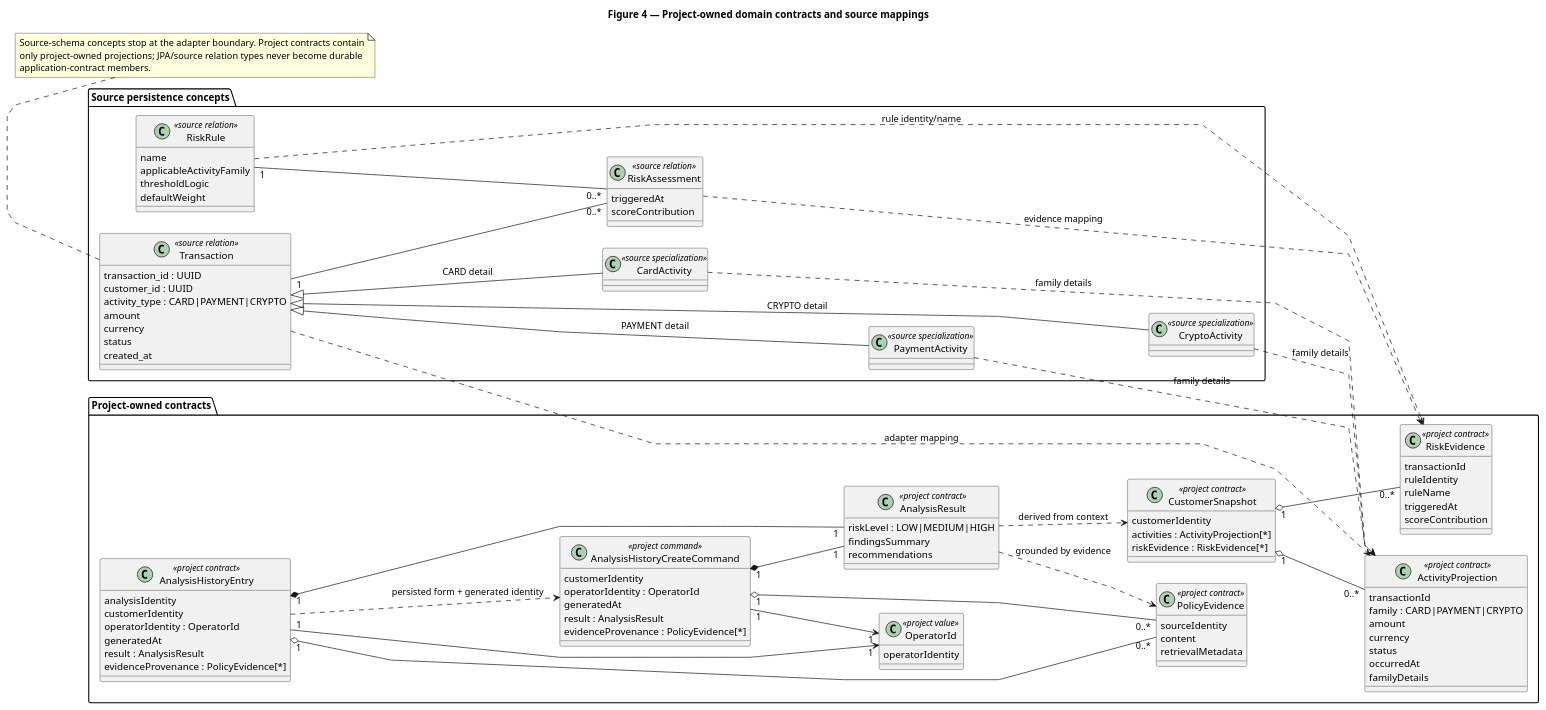
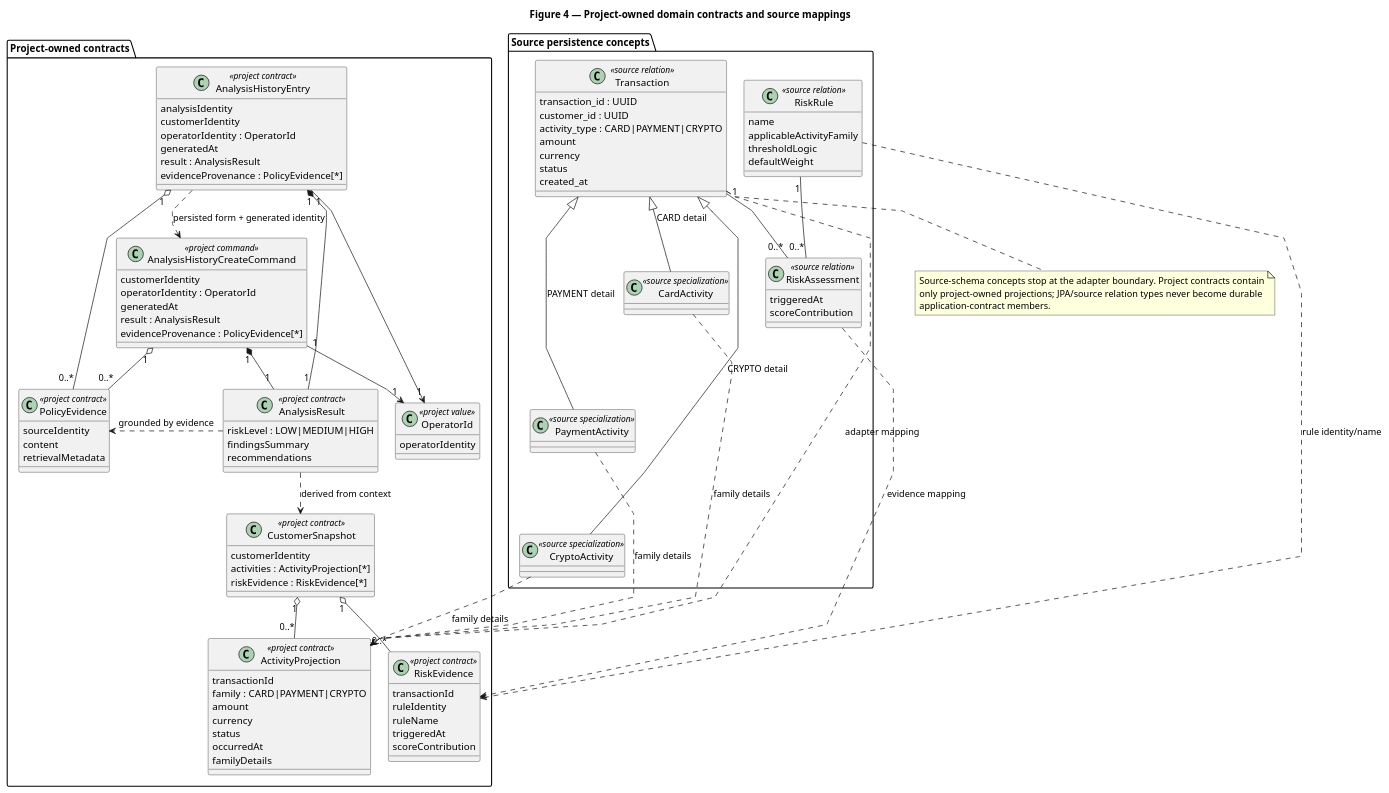
Before and after one commit to jdoe-dev-159753/specgraph-reference-app: the diagram in docs/assignment/SDD/diagrams/domain-contracts.puml, drawn with PlantUML.

Commit message:
docs: narrow domain contract mapping figure

```diff
--- a/docs/assignment/SDD/diagrams/domain-contracts.puml
+++ b/docs/assignment/SDD/diagrams/domain-contracts.puml
@@ -1,119 +1,123 @@
 @startuml
 title Figure 4 — Project-owned domain contracts and source mappings
-left to right direction
+top to bottom direction
 skinparam classAttributeIconSize 0
 skinparam linetype polyline
-skinparam nodesep 30
-skinparam ranksep 45
+skinparam nodesep 25
+skinparam ranksep 40
+
+package "Source persistence concepts" {
+  class Transaction <<source relation>> {
+    transaction_id : UUID
+    customer_id : UUID
+    activity_type : CARD|PAYMENT|CRYPTO
+    amount
+    currency
+    status
+    created_at
+  }
+  class CardActivity <<source specialization>>
+  class PaymentActivity <<source specialization>>
+  class CryptoActivity <<source specialization>>
+  class RiskAssessment <<source relation>> {
+    triggeredAt
+    scoreContribution
+  }
+  class RiskRule <<source relation>> {
+    name
+    applicableActivityFamily
+    thresholdLogic
+    defaultWeight
+  }
+
+  Transaction <|-- CardActivity : CARD detail
+  Transaction <|-- PaymentActivity : PAYMENT detail
+  Transaction <|-- CryptoActivity : CRYPTO detail
+  Transaction "1" -- "0..*" RiskAssessment
+  RiskRule "1" -- "0..*" RiskAssessment
+
+  CardActivity -[hidden]down-> PaymentActivity
+  PaymentActivity -[hidden]down-> CryptoActivity
+  RiskRule -[hidden]down-> RiskAssessment
+}
 
 package "Project-owned contracts" {
   class CustomerSnapshot <<project contract>> {
     customerIdentity
     activities : ActivityProjection[*]
     riskEvidence : RiskEvidence[*]
   }
   class ActivityProjection <<project contract>> {
     transactionId
     family : CARD|PAYMENT|CRYPTO
     amount
     currency
     status
     occurredAt
     familyDetails
   }
   class RiskEvidence <<project contract>> {
     transactionId
     ruleIdentity
     ruleName
     triggeredAt
     scoreContribution
   }
   class AnalysisResult <<project contract>> {
     riskLevel : LOW|MEDIUM|HIGH
     findingsSummary
     recommendations
   }
   class PolicyEvidence <<project contract>> {
     sourceIdentity
     content
     retrievalMetadata
   }
   class OperatorId <<project value>> {
     operatorIdentity
   }
   class AnalysisHistoryCreateCommand <<project command>> {
     customerIdentity
     operatorIdentity : OperatorId
     generatedAt
     result : AnalysisResult
     evidenceProvenance : PolicyEvidence[*]
   }
   class AnalysisHistoryEntry <<project contract>> {
     analysisIdentity
     customerIdentity
     operatorIdentity : OperatorId
     generatedAt
     result : AnalysisResult
     evidenceProvenance : PolicyEvidence[*]
   }
+
+  CustomerSnapshot "1" o-- "0..*" ActivityProjection
+  CustomerSnapshot "1" o-- "0..*" RiskEvidence
+  AnalysisHistoryCreateCommand "1" *-- "1" AnalysisResult
+  AnalysisHistoryCreateCommand "1" --> "1" OperatorId
+  AnalysisHistoryCreateCommand "1" o-- "0..*" PolicyEvidence
+  AnalysisHistoryEntry ..> AnalysisHistoryCreateCommand : persisted form + generated identity
+  AnalysisHistoryEntry "1" *-- "1" AnalysisResult
+  AnalysisHistoryEntry "1" --> "1" OperatorId
+  AnalysisHistoryEntry "1" o-- "0..*" PolicyEvidence
+
+  ActivityProjection -[hidden]right-> RiskEvidence
+  AnalysisResult -[hidden]right-> PolicyEvidence
 }
-
-package "Source persistence concepts" {
-  class Transaction <<source relation>> {
-    transaction_id : UUID
-    customer_id : UUID
-    activity_type : CARD|PAYMENT|CRYPTO
-    amount
-    currency
-    status
-    created_at
-  }
-  class CardActivity <<source specialization>>
-  class PaymentActivity <<source specialization>>
-  class CryptoActivity <<source specialization>>
-  class RiskAssessment <<source relation>> {
-    triggeredAt
-    scoreContribution
-  }
-  class RiskRule <<source relation>> {
-    name
-    applicableActivityFamily
-    thresholdLogic
-    defaultWeight
-  }
-}
-
-CustomerSnapshot "1" o-- "0..*" ActivityProjection
-CustomerSnapshot "1" o-- "0..*" RiskEvidence
-AnalysisHistoryCreateCommand "1" *-- "1" AnalysisResult
-AnalysisHistoryCreateCommand "1" --> "1" OperatorId
-AnalysisHistoryCreateCommand "1" o-- "0..*" PolicyEvidence
-AnalysisHistoryEntry ..> AnalysisHistoryCreateCommand : persisted form + generated identity
-AnalysisHistoryEntry "1" *-- "1" AnalysisResult
-AnalysisHistoryEntry "1" --> "1" OperatorId
-AnalysisHistoryEntry "1" o-- "0..*" PolicyEvidence
-
-Transaction <|-- CardActivity : CARD detail
-Transaction <|-- PaymentActivity : PAYMENT detail
-Transaction <|-- CryptoActivity : CRYPTO detail
-Transaction "1" -- "0..*" RiskAssessment
-RiskRule "1" -- "0..*" RiskAssessment
 
 Transaction ..> ActivityProjection : adapter mapping
 CardActivity ..> ActivityProjection : family details
 PaymentActivity ..> ActivityProjection : family details
 CryptoActivity ..> ActivityProjection : family details
 RiskAssessment ..> RiskEvidence : evidence mapping
 RiskRule ..> RiskEvidence : rule identity/name
 AnalysisResult ..> CustomerSnapshot : derived from context
 AnalysisResult ..> PolicyEvidence : grounded by evidence
 
-CardActivity -[hidden]-> PaymentActivity
-PaymentActivity -[hidden]-> CryptoActivity
-
 note bottom of Transaction
   Source-schema concepts stop at the adapter boundary. Project contracts contain
   only project-owned projections; JPA/source relation types never become durable
   application-contract members.
 end note
 @enduml
```
